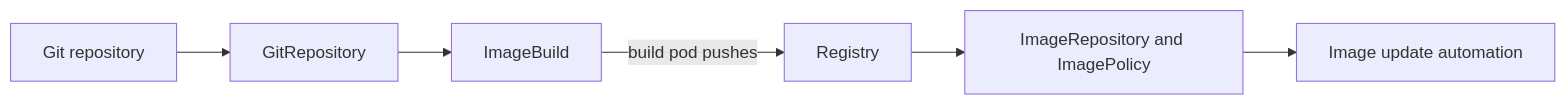
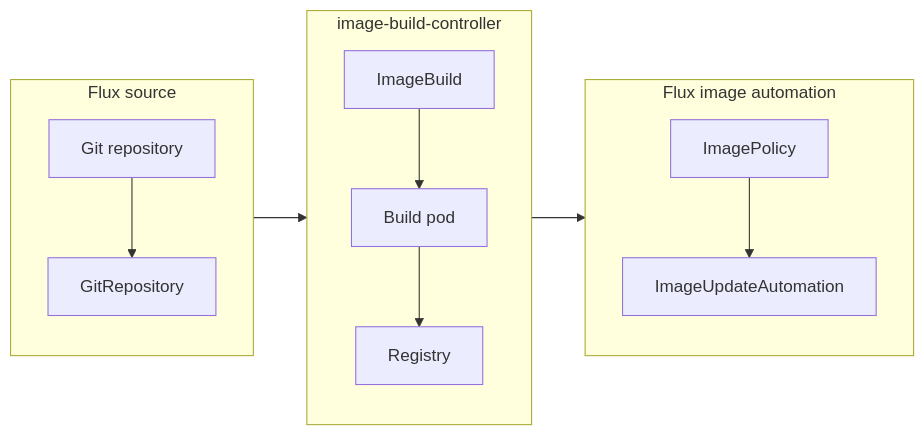
Before and after one commit to leightweight/image-build-controller: the diagram in README.md, drawn with Mermaid.

Commit message:
docs: make the README diagram readable (#14)
GitHub shrinks the README's flow diagram to fit the page width.
With seven boxes in one row, the text was hard to read and the zoom
controls covered the last box.

The diagram now groups the steps into three columns:
- Flux source: the Git repository and its `GitRepository`.
- image-build-controller: the `ImageBuild`, its build pod, and the
registry the pod pushes to.
- Flux image automation: the `ImagePolicy` and `ImageUpdateAutomation`.

Each column runs top to bottom, so the diagram is narrower than the page
and leaves room for GitHub's controls on the right.
The build pod is now its own box instead of an edge label.

🤖 Generated with [Claude Code](https://claude.com/claude-code)

*AI-assisted. Tool: Claude Code; model: anthropic/claude-opus-5-5;
version: 2.1.296.*

---------

````diff
--- a/README.md
+++ b/README.md
@@ -10,8 +10,16 @@
 ```mermaid
 flowchart LR
-    git[Git repository] --> gitrepo[GitRepository]
-    gitrepo --> imagebuild[ImageBuild]
-    imagebuild -- build pod pushes --> registry[Registry]
-    registry --> policy[ImageRepository and ImagePolicy]
-    policy --> deploy[Image update automation]
+    subgraph source[Flux source]
+        direction TB
+        git[Git repository] --> gitrepo[GitRepository]
+    end
+    subgraph build[image-build-controller]
+        direction TB
+        imagebuild[ImageBuild] --> pod[Build pod] --> registry[Registry]
+    end
+    subgraph deploy[Flux image automation]
+        direction TB
+        policy[ImagePolicy] --> automation[ImageUpdateAutomation]
+    end
+    source --> build --> deploy
 ```
````
